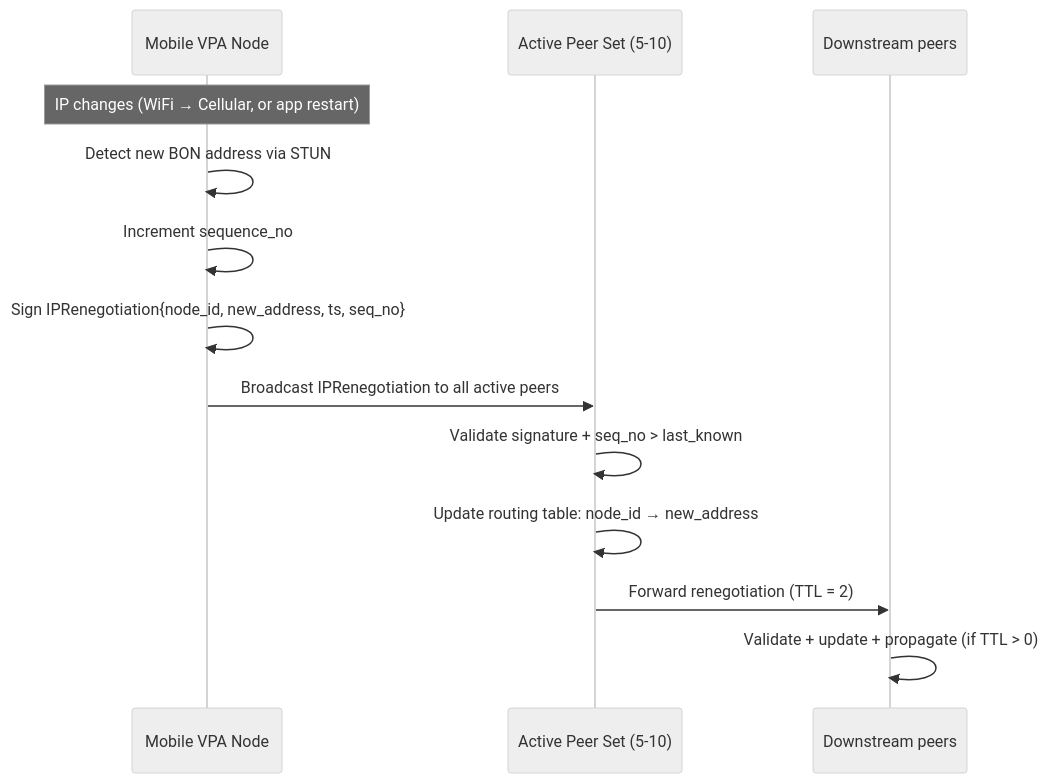
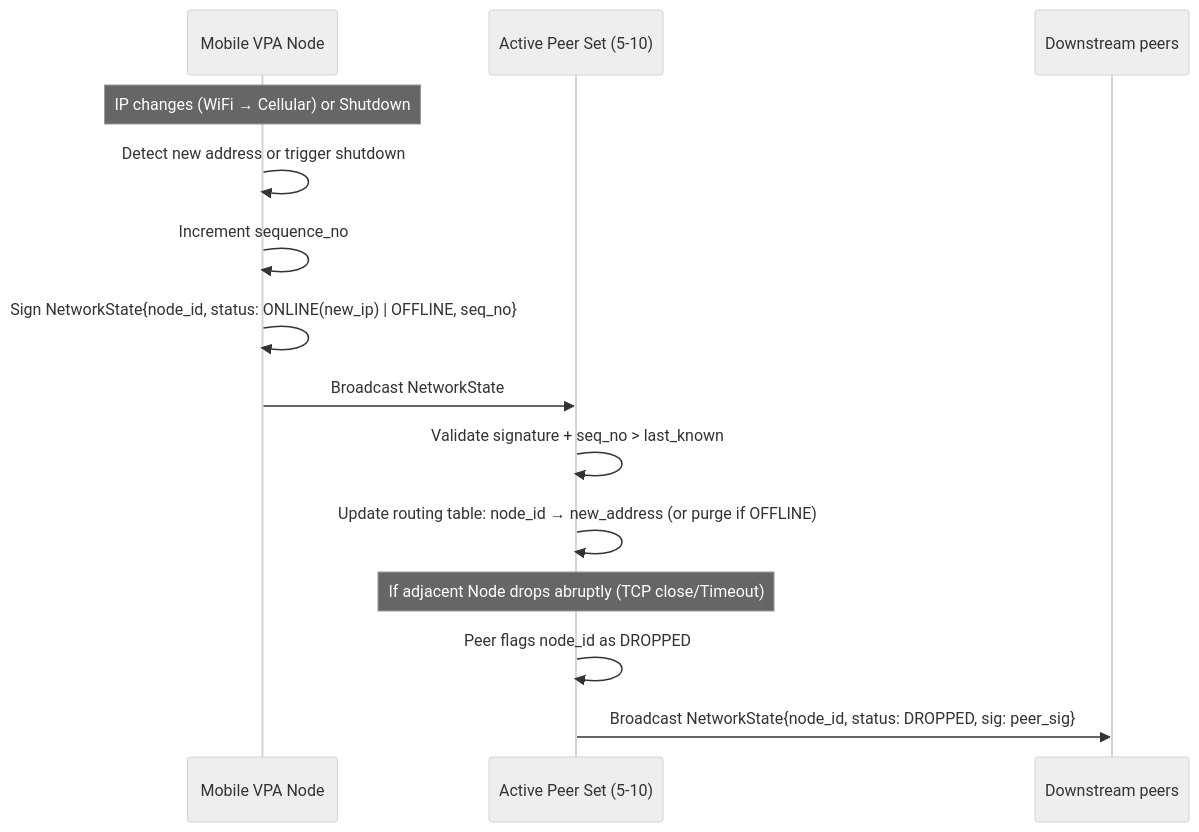
One commit to fahdabidi/Global-Broadcast-Network changed the fourth of 4 diagrams in docs/architecture/GBN-ARCH-006-Broadcast-Network.md. Above: the diagram before and after it, drawn with Mermaid (neutral theme). The commit also changed other lines of this file and 6 other files, not shown here.

First line of the commit message:
docs: update architecture, requirements, and security docs for IoT-resilience

````diff
--- a/docs/architecture/GBN-ARCH-006-Broadcast-Network.md
+++ b/docs/architecture/GBN-ARCH-006-Broadcast-Network.md
@@ -212,16 +212,18 @@
 ```mermaid
 sequenceDiagram
     participant Node as Mobile VPA Node
     participant Peers as Active Peer Set (5-10)
     participant Gossip as Downstream peers
 
-    Note over Node: IP changes (WiFi → Cellular, or app restart)
-    Node->>Node: Detect new BON address via STUN
+    Note over Node: IP changes (WiFi → Cellular) or Shutdown
+    Node->>Node: Detect new address or trigger shutdown
     Node->>Node: Increment sequence_no
-    Node->>Node: Sign IPRenegotiation{node_id, new_address, ts, seq_no}
-    Node->>Peers: Broadcast IPRenegotiation to all active peers
+    Node->>Node: Sign NetworkState{node_id, status: ONLINE(new_ip) | OFFLINE, seq_no}
+    Node->>Peers: Broadcast NetworkState
     Peers->>Peers: Validate signature + seq_no > last_known
-    Peers->>Peers: Update routing table: node_id → new_address
-    Peers->>Gossip: Forward renegotiation (TTL = 2)
-    Gossip->>Gossip: Validate + update + propagate (if TTL > 0)
+    Peers->>Peers: Update routing table: node_id → new_address (or purge if OFFLINE)
+    
+    Note over Peers: If adjacent Node drops abruptly (TCP close/Timeout)
+    Peers->>Peers: Peer flags node_id as DROPPED
+    Peers->>Gossip: Broadcast NetworkState{node_id, status: DROPPED, sig: peer_sig}
 ```
````
